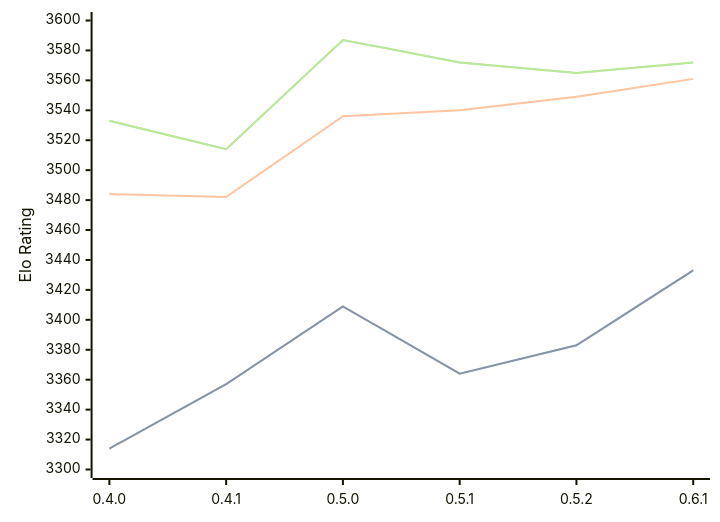
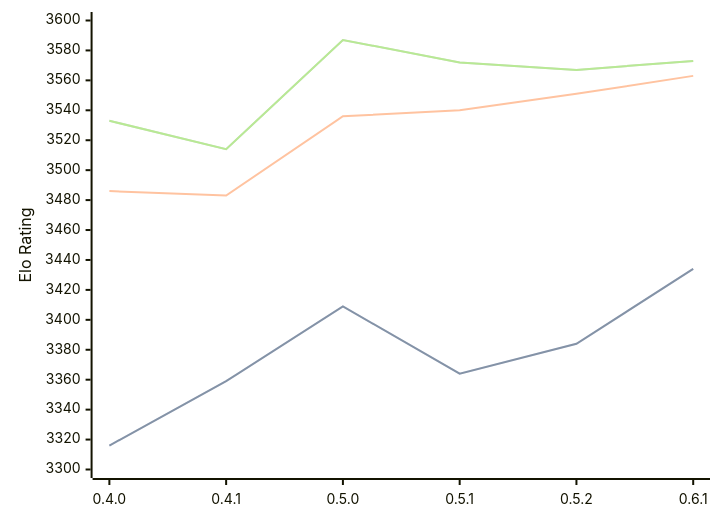
Before and after one commit to computer-chess-index/cci: the diagram in engines/Cinder.md, drawn with Mermaid. The commit also changed other lines of this file, not shown here.

Commit message:
Update CCI Ratings (ELO VLTC) - 2026-09-16

````diff
--- a/engines/Cinder.md
+++ b/engines/Cinder.md
@@ -37,11 +37,11 @@
 ```mermaid
 %%{init: {"theme":"base","themeVariables":{"seriesColors:['#a3a3a3','#222221','#faa371']}}}%%
 xychart-beta
   x-axis ["0.4.0", "0.4.1", "0.5.0", "0.5.1", "0.5.2", "0.6.1"]
   y-axis "Elo Rating" 3300 --> 3600
-  line "" [3314, 3357, 3409, 3364, 3383, 3433]
-  line "STC (8.0+0.08s)" [3314, 3357, 3409, 3364, 3383, 3433]
-  line "LTC (60.0+0.60s)" [3484, 3482, 3536, 3540, 3549, 3561]
-  line "" [3533, 3514, 3587, 3572, 3565, 3572]
-  line "VLTC (2m24s+1.12s)" [3533, 3514, 3587, 3572, 3565, 3572]
+  line "" [3316, 3359, 3409, 3364, 3384, 3434]
+  line "STC (8.0+0.08s)" [3316, 3359, 3409, 3364, 3384, 3434]
+  line "LTC (60.0+0.60s)" [3486, 3483, 3536, 3540, 3551, 3563]
+  line "" [3533, 3514, 3587, 3572, 3567, 3573]
+  line "VLTC (2m24s+1.12s)" [3533, 3514, 3587, 3572, 3567, 3573]
 ```
````
